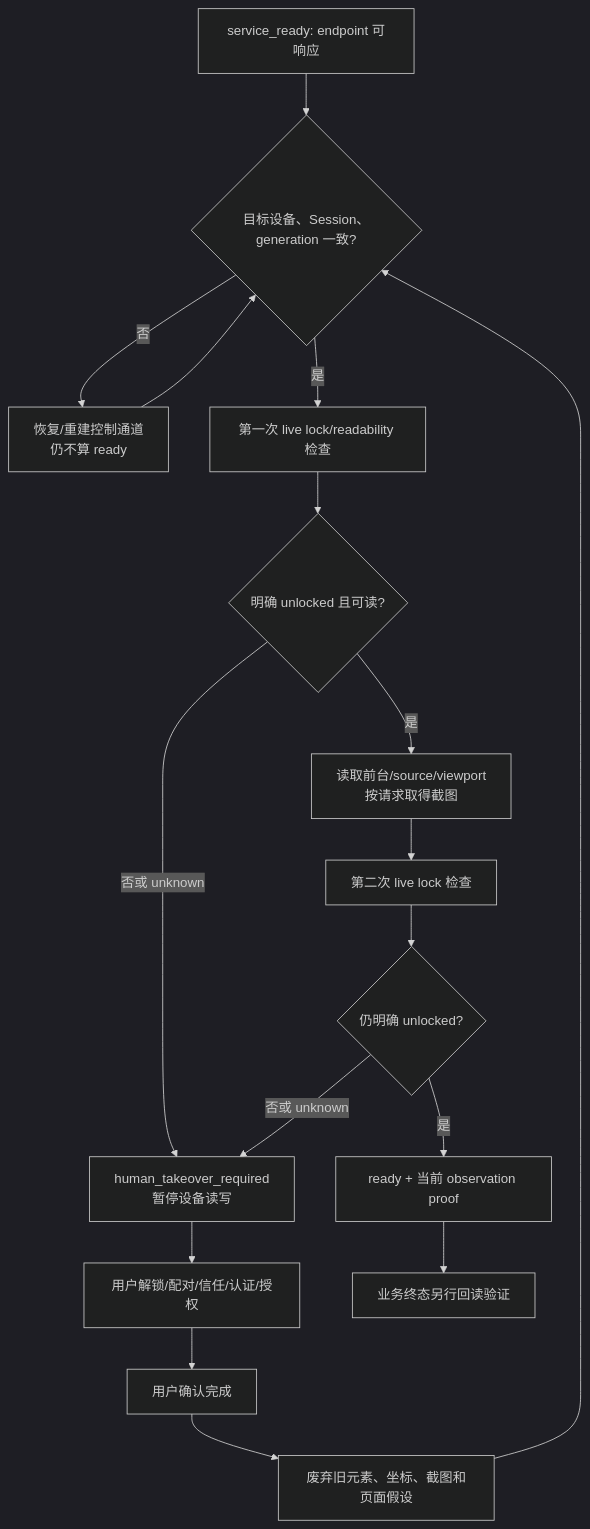
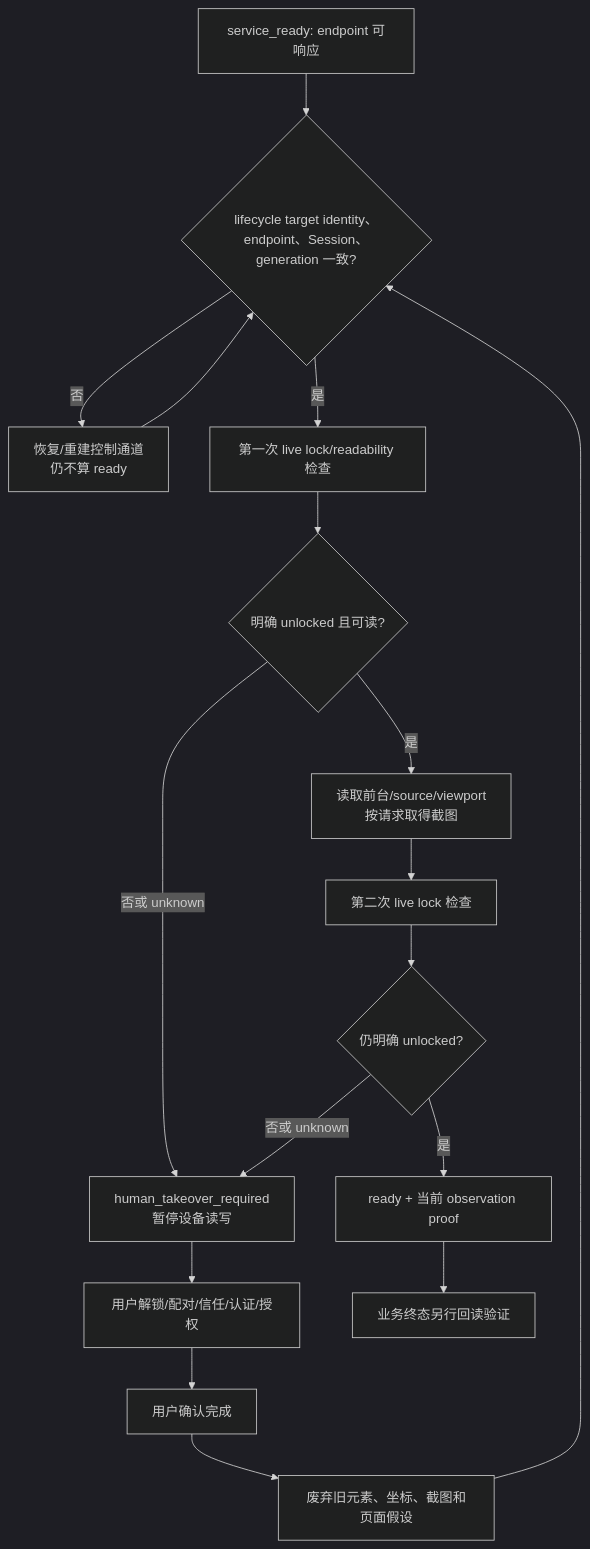
One commit to houlianpi/Maat changed the fourth of 6 diagrams in docs/maat-mvp-technical-design.md. Above: the diagram before and after it, drawn with Mermaid (dark theme). The commit also changed other lines of this file and 5 other files, not shown here.

Commit message:
docs: adopt session-scoped mobile target selection

````diff
--- a/docs/maat-mvp-technical-design.md
+++ b/docs/maat-mvp-technical-design.md
@@ -387,19 +441,19 @@
 ```mermaid
 flowchart TD
-    S[service_ready: endpoint 可响应] --> I{目标设备、Session、generation 一致?}
+    S[service_ready: endpoint 可响应] --> I{lifecycle target identity、endpoint、Session、generation 一致?}
     I -- 否 --> R[恢复/重建控制通道<br/>仍不算 ready]
     R --> I
     I -- 是 --> L1[第一次 live lock/readability 检查]
     L1 --> U{明确 unlocked 且可读?}
     U -- 否或 unknown --> P[human_takeover_required<br/>暂停设备读写]
     P --> H[用户解锁/配对/信任/认证/授权]
     H --> C[用户确认完成]
     C --> X[废弃旧元素、坐标、截图和页面假设]
     X --> I
     U -- 是 --> O[读取前台/source/viewport<br/>按请求取得截图]
     O --> L2[第二次 live lock 检查]
     L2 --> Q{仍明确 unlocked?}
     Q -- 否或 unknown --> P
     Q -- 是 --> Y[ready + 当前 observation proof]
     Y --> Z[业务终态另行回读验证]
 ```
````
